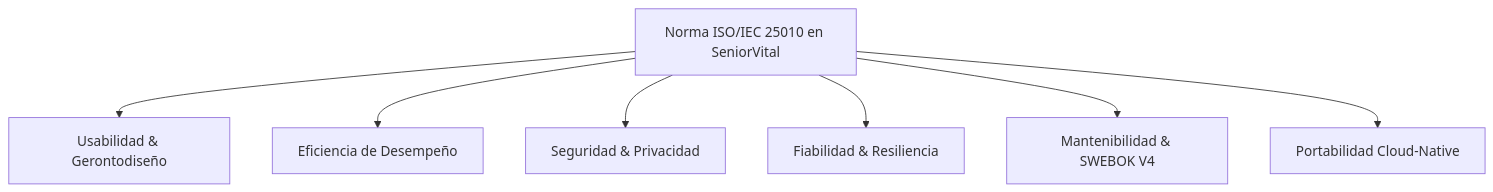
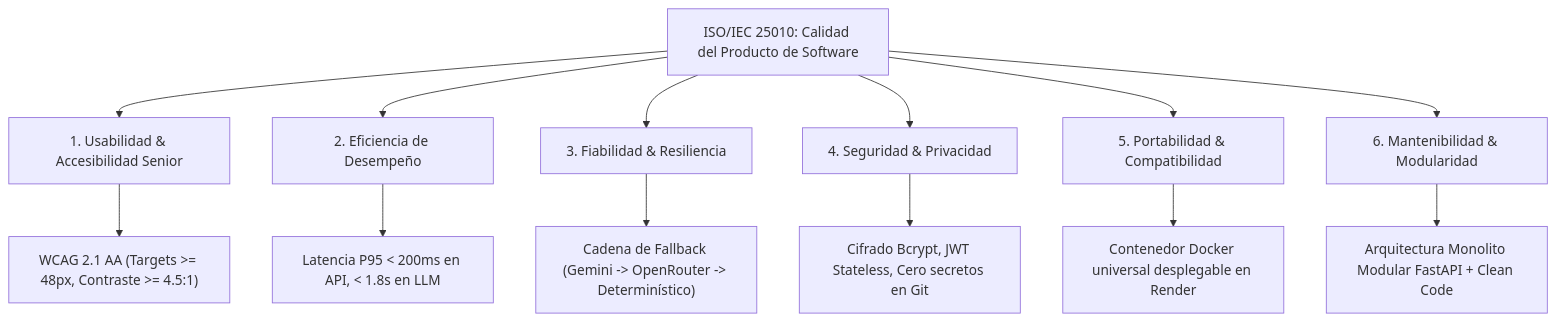
One commit to danielsanchez040601-byte/SeniorVital---Backend-API changed the diagram in docs/1_Especificaciones_Funcionales_y_No_Funcionales.md. Above: the diagram before and after it, drawn with Mermaid. The commit also changed other lines of this file and 7 other files, not shown here.

````diff
--- a/docs/1_Especificaciones_Funcionales_y_No_Funcionales.md
+++ b/docs/1_Especificaciones_Funcionales_y_No_Funcionales.md
@@ -45,10 +37,17 @@
 ```mermaid
 graph TD
-    ISO[Norma ISO/IEC 25010 en SeniorVital]
-    ISO --> Usab[Usabilidad & Gerontodiseño]
-    ISO --> Rend[Eficiencia de Desempeño]
-    ISO --> Seg[Seguridad & Privacidad]
-    ISO --> Fiab[Fiabilidad & Resiliencia]
-    ISO --> Mant[Mantenibilidad & SWEBOK V4]
-    ISO --> Port[Portabilidad Cloud-Native]
+    ISO[ISO/IEC 25010: Calidad del Producto de Software]
+    ISO --> Usab[1. Usabilidad & Accesibilidad Senior]
+    ISO --> Perf[2. Eficiencia de Desempeño]
+    ISO --> Rel[3. Fiabilidad & Resiliencia]
+    ISO --> Sec[4. Seguridad & Privacidad]
+    ISO --> Port[5. Portabilidad & Compatibilidad]
+    ISO --> Maint[6. Mantenibilidad & Modularidad]
+
+    Usab --> U1["WCAG 2.1 AA (Targets >= 48px, Contraste >= 4.5:1)"]
+    Perf --> P1["Latencia P95 < 200ms en API, < 1.8s en LLM"]
+    Rel --> R1["Cadena de Fallback (Gemini -> OpenRouter -> Determinístico)"]
+    Sec --> S1["Cifrado Bcrypt, JWT Stateless, Cero secretos en Git"]
+    Port --> PO1["Contenedor Docker universal desplegable en Render"]
+    Maint --> M1["Arquitectura Monolito Modular FastAPI + Clean Code"]
 ```
````
